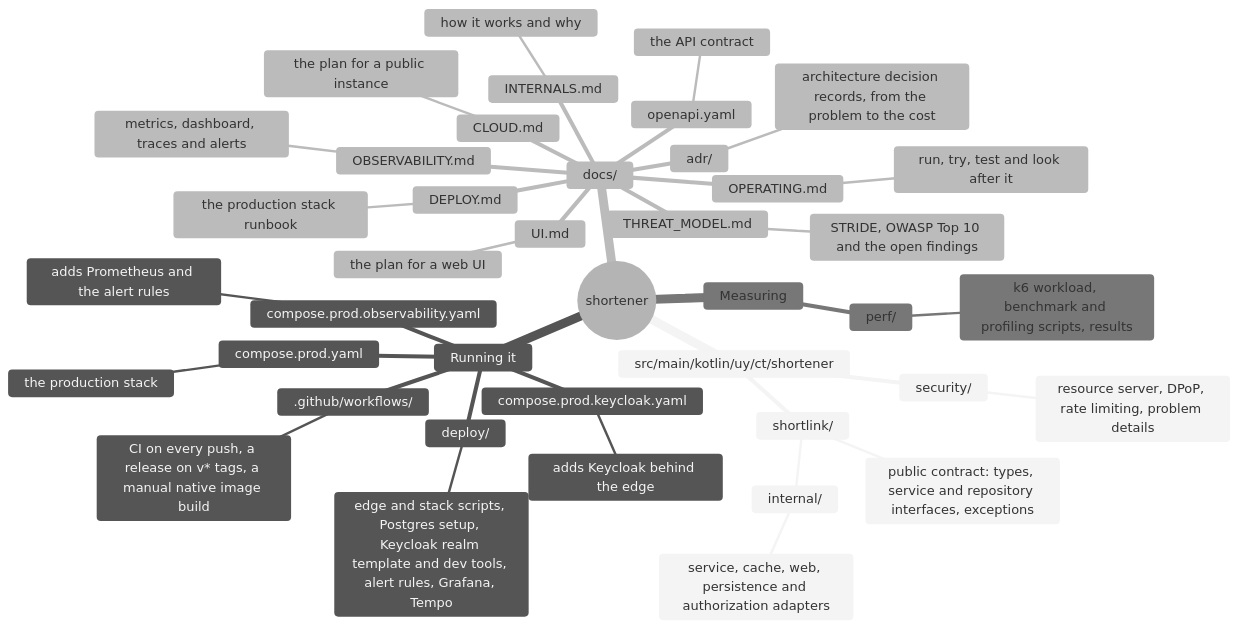
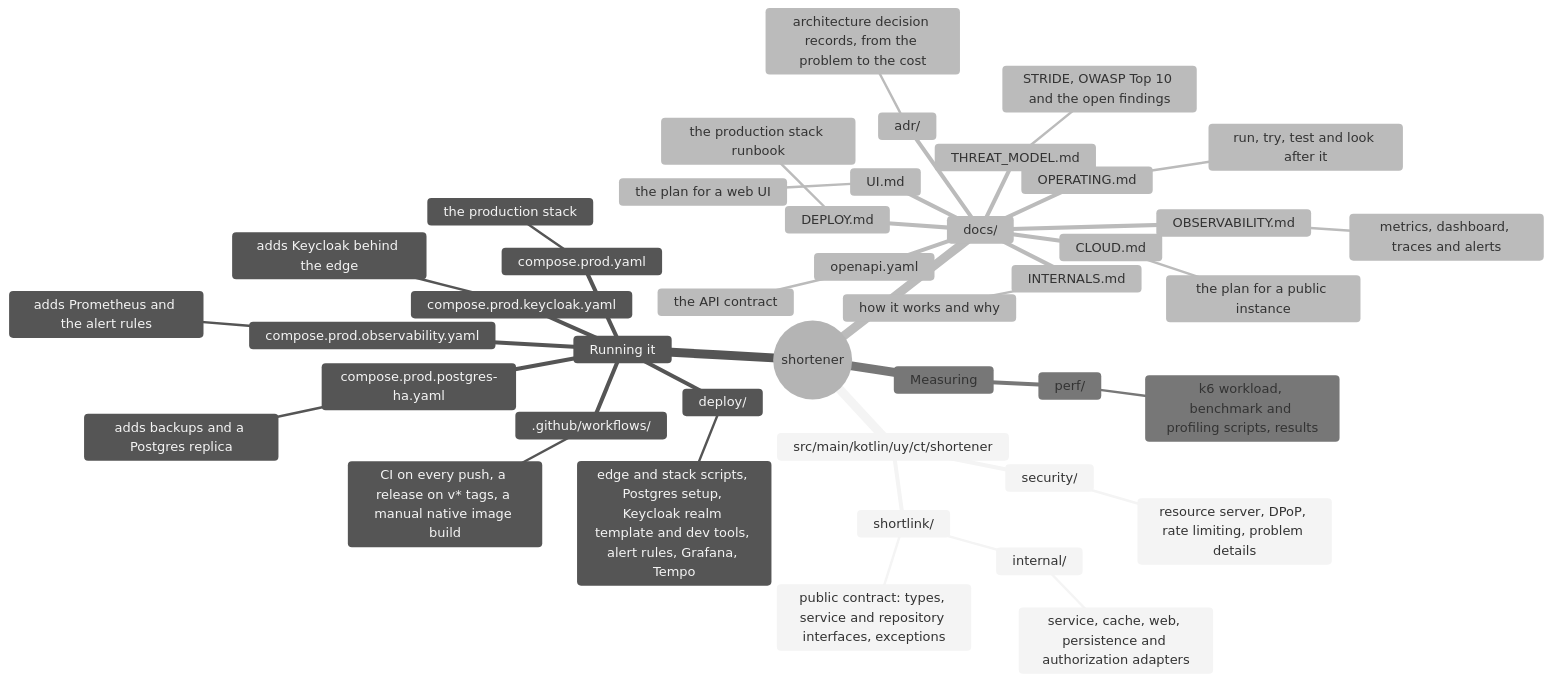
The diagram in README.md (christ008/shortener), drawn with Mermaid (neutral theme) before and after one commit. The commit also changed other lines of this file and 25 other files, not shown here.

````diff
--- a/README.md
+++ b/README.md
@@ -137,44 +137,46 @@
 ```mermaid
 mindmap
   root((shortener))
     src/main/kotlin/uy/ct/shortener
       shortlink/
         public contract: types, service and repository interfaces, exceptions
         internal/
           service, cache, web, persistence and authorization adapters
       security/
         resource server, DPoP, rate limiting, problem details
     Running it
       compose.prod.yaml
         the production stack
       compose.prod.observability.yaml
         adds Prometheus and the alert rules
       compose.prod.keycloak.yaml
         adds Keycloak behind the edge
+      compose.prod.postgres-ha.yaml
+        adds backups and a Postgres replica
       deploy/
         edge and stack scripts, Postgres setup, Keycloak realm template and dev tools, alert rules, Grafana, Tempo
       .github/workflows/
         CI on every push, a release on v* tags, a manual native image build
     docs/
       OPERATING.md
         run, try, test and look after it
       INTERNALS.md
         how it works and why
       adr/
         architecture decision records, from the problem to the cost
       THREAT_MODEL.md
         STRIDE, OWASP Top 10 and the open findings
       DEPLOY.md
         the production stack runbook
       CLOUD.md
         the plan for a public instance
       OBSERVABILITY.md
         metrics, dashboard, traces and alerts
       openapi.yaml
         the API contract
       UI.md
         the plan for a web UI
     Measuring
       perf/
         k6 workload, benchmark and profiling scripts, results
 ```
````
